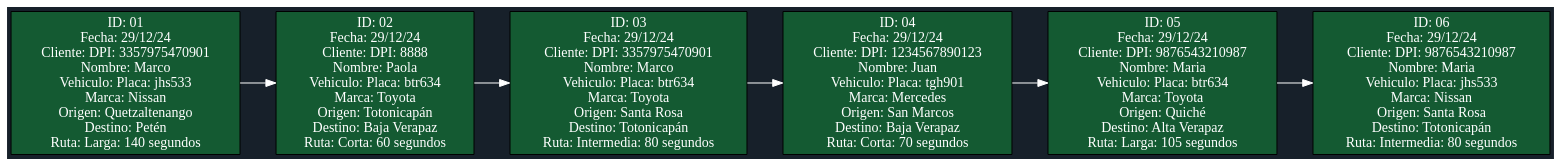
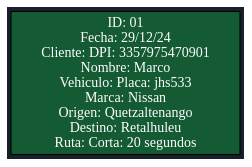
Before and after one commit to Marco131-xel/Edd_Proyecto2: the diagram in Rapidito/Lista_Viajes.dot, drawn with Graphviz. The commit also changed 22 other files, not shown here.

```diff
--- a/Rapidito/Lista_Viajes.dot
+++ b/Rapidito/Lista_Viajes.dot
@@ -1,17 +1,7 @@
 digraph G {
 rankdir=LR;
 bgcolor="#17202a";
 node [shape=record, style=filled, fillcolor="#145a32", fontcolor="white"];
 edge [color="white"];
-nodo0 [label="ID: 01\nFecha: 29/12/24\nCliente: DPI: 3357975470901\nNombre:  Marco\nVehiculo: Placa: jhs533\nMarca: Nissan\nOrigen: Quetzaltenango\nDestino: Petén\nRuta: Larga: 140 segundos"];
-nodo1 [label="ID: 02\nFecha: 29/12/24\nCliente: DPI: 8888\nNombre: Paola\nVehiculo: Placa: btr634\nMarca: Toyota\nOrigen: Totonicapán\nDestino: Baja Verapaz\nRuta: Corta: 60 segundos"];
-nodo2 [label="ID: 03\nFecha: 29/12/24\nCliente: DPI: 3357975470901\nNombre:  Marco\nVehiculo: Placa: btr634\nMarca: Toyota\nOrigen: Santa Rosa\nDestino: Totonicapán\nRuta: Intermedia: 80 segundos"];
-nodo3 [label="ID: 04\nFecha: 29/12/24\nCliente: DPI: 1234567890123\nNombre:  Juan\nVehiculo: Placa: tgh901\nMarca: Mercedes\nOrigen: San Marcos\nDestino: Baja Verapaz\nRuta: Corta: 70 segundos"];
-nodo4 [label="ID: 05\nFecha: 29/12/24\nCliente: DPI: 9876543210987\nNombre:  Maria\nVehiculo: Placa: btr634\nMarca: Toyota\nOrigen: Quiché\nDestino: Alta Verapaz\nRuta: Larga: 105 segundos"];
-nodo5 [label="ID: 06\nFecha: 29/12/24\nCliente: DPI: 9876543210987\nNombre:  Maria\nVehiculo: Placa: jhs533\nMarca: Nissan\nOrigen: Santa Rosa\nDestino: Totonicapán\nRuta: Intermedia: 80 segundos"];
-nodo0 -> nodo1;
-nodo1 -> nodo2;
-nodo2 -> nodo3;
-nodo3 -> nodo4;
-nodo4 -> nodo5;
+nodo0 [label="ID: 01\nFecha: 29/12/24\nCliente: DPI: 3357975470901\nNombre:  Marco\nVehiculo: Placa: jhs533\nMarca: Nissan\nOrigen: Quetzaltenango\nDestino: Retalhuleu\nRuta: Corta: 20 segundos"];
 }
```
